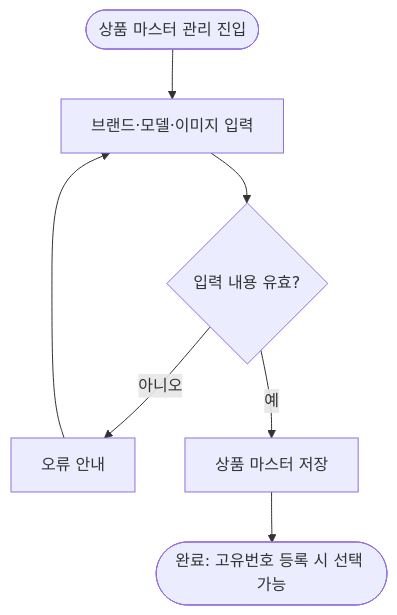
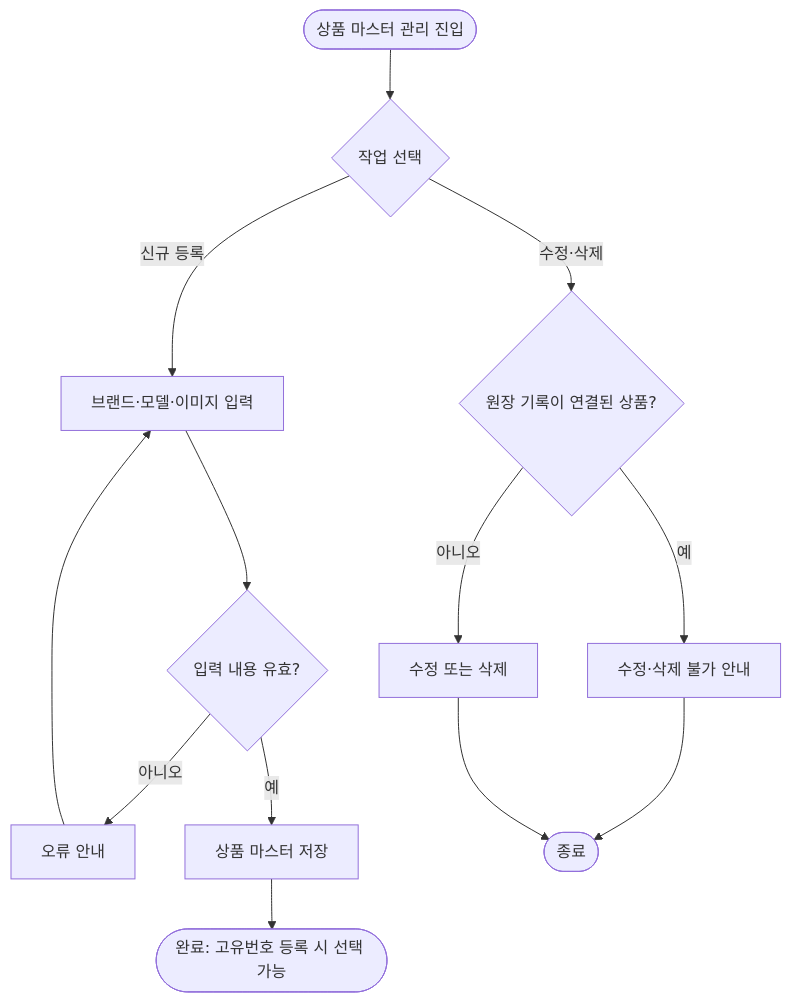
The second of 8 diagrams in BR/07-고객여정/관리자/03-유저플로우.md (Soneungsu/Blockchain-Product-Authentication), drawn with Mermaid before and after one commit. The commit also changed other lines of this file and 29 other files, not shown here.

````diff
--- a/BR/07-고객여정/관리자/03-유저플로우.md
+++ b/BR/07-고객여정/관리자/03-유저플로우.md
@@ -33,8 +38,12 @@
 ```mermaid
 flowchart TD
-    A([상품 마스터 관리 진입]) --> B[브랜드·모델·이미지 입력]
-    B --> C{입력 내용 유효?}
-    C -- 아니오 --> D[오류 안내] --> B
-    C -- 예 --> E[상품 마스터 저장]
+    A([상품 마스터 관리 진입]) --> B{작업 선택}
+    B -- 신규 등록 --> C[브랜드·모델·이미지 입력]
+    C --> D{입력 내용 유효?}
+    D -- 아니오 --> D1[오류 안내] --> C
+    D -- 예 --> E[상품 마스터 저장]
     E --> F([완료: 고유번호 등록 시 선택 가능])
+    B -- 수정·삭제 --> G{원장 기록이 연결된 상품?}
+    G -- 예 --> G1[수정·삭제 불가 안내] --> Z([종료])
+    G -- 아니오 --> H[수정 또는 삭제] --> Z
 ```
````
